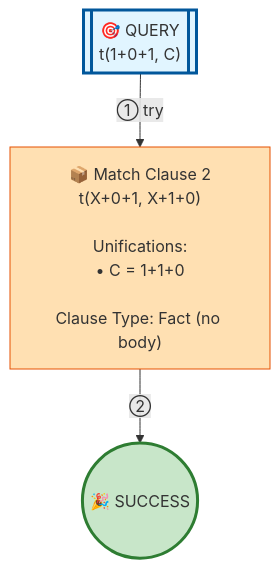
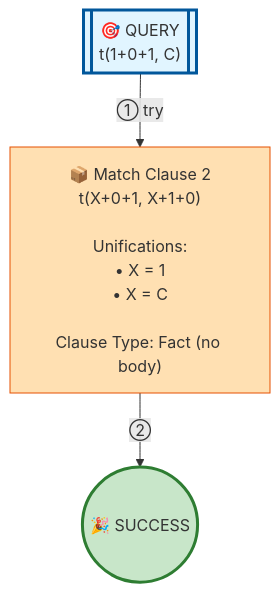
The diagram in examples/operator-full.md (jarecsni/prolog-trace-viz), drawn with Mermaid before and after one commit. The commit also changed 17 other files, not shown here.

````diff
--- a/examples/operator-full.md
+++ b/examples/operator-full.md
@@ -19,17 +19,17 @@
 ```mermaid
 graph TD
 
 %% Nodes
 A[["🎯 QUERY<br/>t(1+0+1, C)"]]
-B["📦 Match Clause 2<br/>t(X+0+1, X+1+0)<br/><br/>Unifications:<br/>• C = 1+1+0<br/><br/>Clause Type: Fact (no body)"]
+B["📦 Match Clause 2<br/>t(X+0+1, X+1+0)<br/><br/>Unifications:<br/>• X = 1<br/>• X = C<br/><br/>Clause Type: Fact (no body)"]
 C(("🎉 SUCCESS"))
 
 %% Edges
 A -->|"① try"| B
 B -->|"②"| C
 
 %% Styles
 style A fill:#e1f5ff,stroke:#01579b,stroke-width:3px
 style B fill:#ffe0b2,stroke:#e65100
 style C fill:#c8e6c9,stroke:#2e7d32,stroke-width:3px
 ```
````
